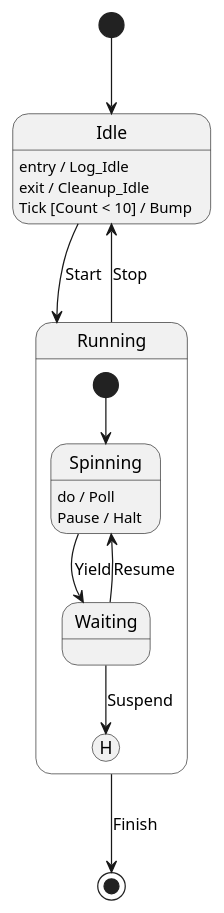
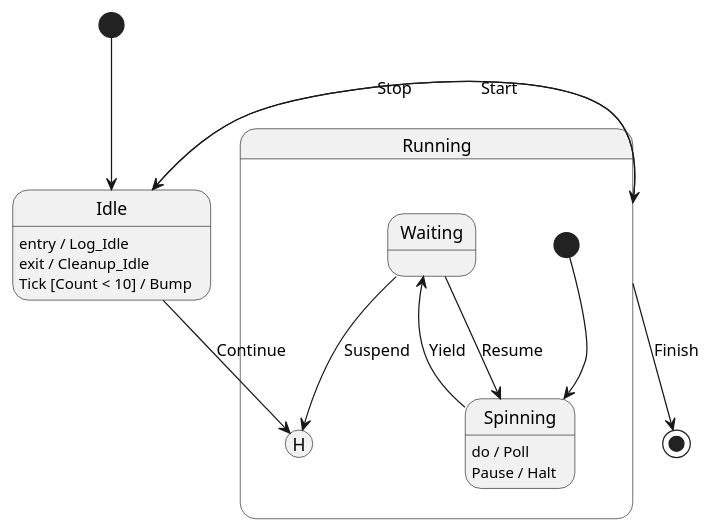
The diagram in samples/nested.puml (Joebeazelman/uml2code), drawn with PlantUML before and after one commit. The commit also changed 7 other files, not shown here.

```diff
--- a/samples/nested.puml
+++ b/samples/nested.puml
@@ -1,20 +1,21 @@
 @startuml Nested
 [*] --> Idle
 state Idle
 Idle : entry / Log_Idle
 Idle : exit / Cleanup_Idle
 Idle : Tick [Count < 10] / Bump
 Idle --> Running : Start
+Idle --> Running.[H] : Continue
 state Running {
   [*] --> Spinning
   state Spinning
   Spinning : do / Poll
   Spinning : Pause / Halt
   Spinning --> Waiting : Yield
   state Waiting
   Waiting --> Spinning : Resume
   Waiting --> [H] : Suspend
 }
 Running --> Idle : Stop
 Running --> [*] : Finish
 @enduml
```
